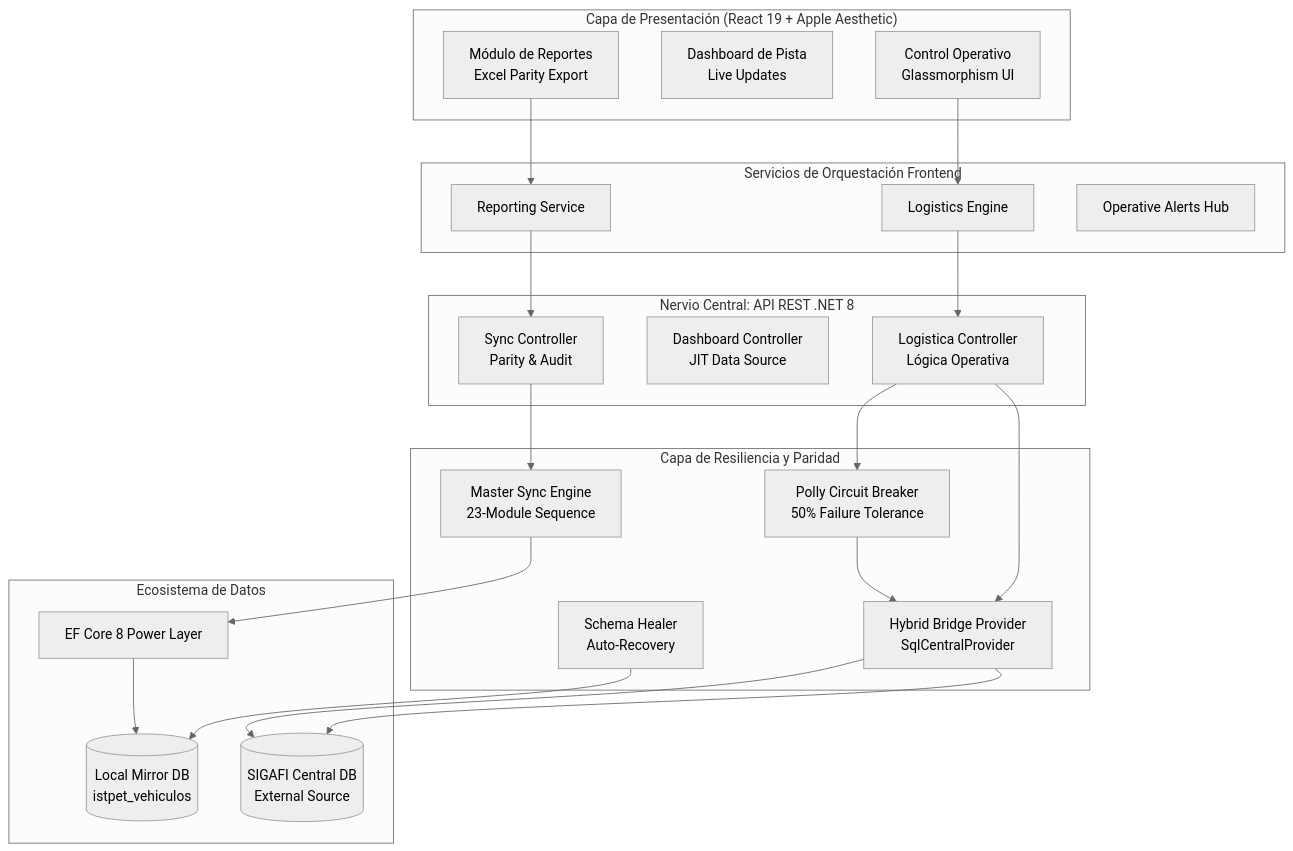
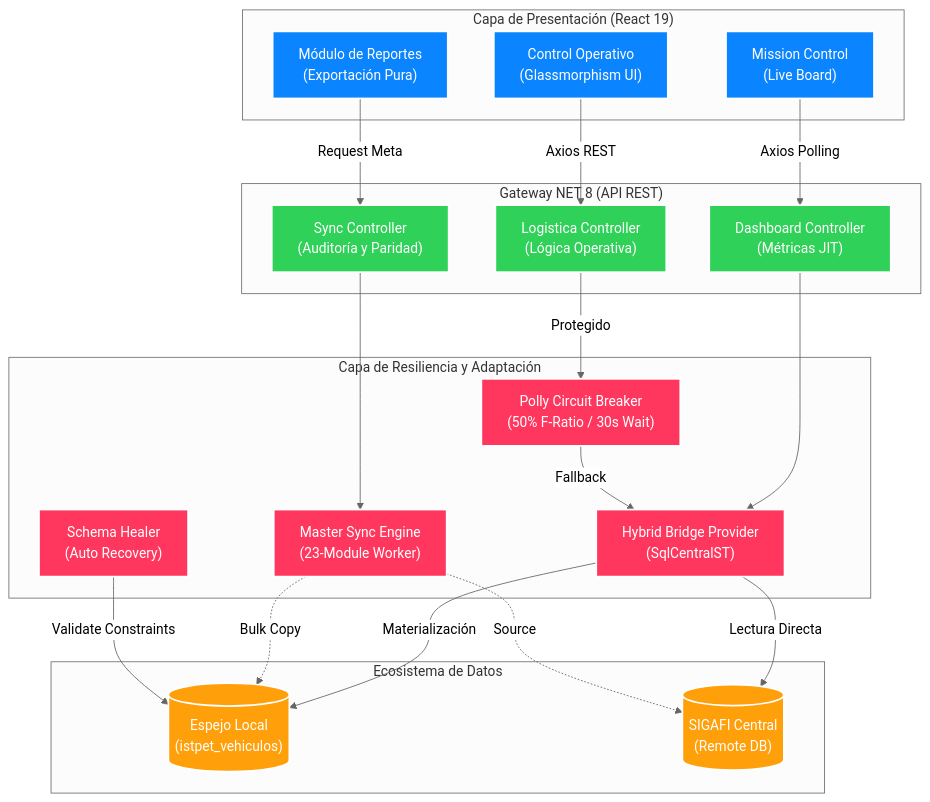
One commit to JorgeDoicela/istpet_vehiculos changed the diagram in docs/ARCHITECTURE.md. Above: the diagram before and after it, drawn with Mermaid (neutral theme). The commit also changed other lines of this file and 4 other files, not shown here.

````diff
--- a/docs/ARCHITECTURE.md
+++ b/docs/ARCHITECTURE.md
@@ -17,42 +20,50 @@
 ```mermaid
-graph TD
-    subgraph "Capa de Presentación (React 19 + Apple Aesthetic)"
-        A[Control Operativo<br/>Glassmorphism UI] 
-        B[Dashboard de Pista<br/>Live Updates]
-        C[Módulo de Reportes<br/>Excel Parity Export]
+flowchart TD
+    %% Define Styles
+    classDef frontend fill:#0a84ff,stroke:#fff,stroke-width:2px,color:#fff
+    classDef api fill:#30d158,stroke:#fff,stroke-width:2px,color:#fff
+    classDef db fill:#ff9f0a,stroke:#fff,stroke-width:2px,color:#fff
+    classDef shield fill:#ff375f,stroke:#fff,stroke-width:2px,color:#fff
+    
+    subgraph Client ["Capa de Presentación (React 19)"]
+        UI_Control["Control Operativo<br/>(Glassmorphism UI)"]:::frontend
+        UI_Dash["Mission Control<br/>(Live Board)"]:::frontend
+        UI_Reports["Módulo de Reportes<br/>(Exportación Pura)"]:::frontend
     end
 
-    subgraph "Servicios de Orquestación Frontend"
-        D[Logistics Engine]
-        E[Reporting Service]
-        F[Operative Alerts Hub]
+    subgraph API ["Gateway NET 8 (API REST)"]
+        Ctrl_Log["Logistica Controller<br/>(Lógica Operativa)"]:::api
+        Ctrl_Dash["Dashboard Controller<br/>(Métricas JIT)"]:::api
+        Ctrl_Sync["Sync Controller<br/>(Auditoría y Paridad)"]:::api
     end
 
-    subgraph "Nervio Central: API REST .NET 8"
-        G[Logistica Controller<br/>Lógica Operativa]
-        H[Dashboard Controller<br/>JIT Data Source]
-        I[Sync Controller<br/>Parity & Audit]
+    subgraph Middleware ["Capa de Resiliencia y Adaptación"]
+        CBreaker["Polly Circuit Breaker<br/>(50% F-Ratio / 30s Wait)"]:::shield
+        HBridge["Hybrid Bridge Provider<br/>(SqlCentralST)"]:::shield
+        MSync["Master Sync Engine<br/>(23-Module Worker)"]:::shield
+        SHealer["Schema Healer<br/>(Auto Recovery)"]:::shield
     end
 
-    subgraph "Capa de Resiliencia y Paridad"
-        K[Polly Circuit Breaker<br/>50% Failure Tolerance]
-        L[Hybrid Bridge Provider<br/>SqlCentralProvider]
-        M[Master Sync Engine<br/>23-Module Sequence]
-        SH[Schema Healer<br/>Auto-Recovery]
+    subgraph Storage ["Ecosistema de Datos"]
+        DB_Local[("Espejo Local<br/>(istpet_vehiculos)")]:::db
+        DB_Central[("SIGAFI Central<br/>(Remote DB)")]:::db
     end
 
-    subgraph "Ecosistema de Datos"
-        N[EF Core 8 Power Layer]
-        O[(Local Mirror DB<br/>istpet_vehiculos)]
-        P[(SIGAFI Central DB<br/>External Source)]
-    end
+    %% Flows
+    UI_Control -->|Axios REST| Ctrl_Log
+    UI_Dash -->|Axios Polling| Ctrl_Dash
+    UI_Reports -->|Request Meta| Ctrl_Sync
 
-    A --> D --> G --> K
-    C --> E --> I --> M
-    G --> L --> P
-    K --> L
-    L --> P
-    M --> N
-    SH --> O
-    N --> O
+    Ctrl_Log -->|Protegido| CBreaker
+    Ctrl_Dash --> HBridge
+    Ctrl_Sync --> MSync
+
+    CBreaker -->|Fallback| HBridge
+    HBridge -->|Lectura Directa| DB_Central
+    HBridge -->|Materialización| DB_Local
+    
+    MSync -.->|Bulk Copy| DB_Local
+    MSync -.->|Source| DB_Central
+    
+    SHealer -->|Validate Constraints| DB_Local
 ```
````
